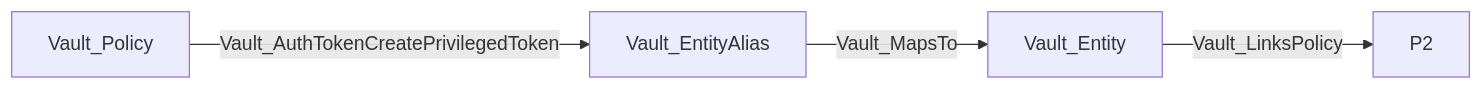
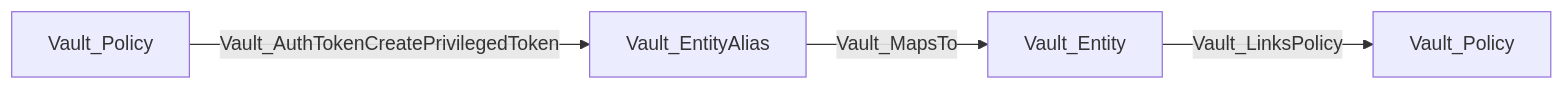
One commit to bytewreck/opengraph-vault changed diagram 27 of 28 in Documentation/stores/AUTH.md. Above: the diagram before and after it, drawn with Mermaid. The commit also changed other lines of this file, not shown here.

````diff
--- a/Documentation/stores/AUTH.md
+++ b/Documentation/stores/AUTH.md
@@ -840,6 +840,6 @@
 ```mermaid
 flowchart LR
     P1[Vault_Policy] -->|Vault_AuthTokenCreatePrivilegedToken| EA[Vault_EntityAlias]
     EA -->|Vault_MapsTo| VE[Vault_Entity]
-    VE -->|Vault_LinksPolicy| P2
+    VE -->|Vault_LinksPolicy| P2[Vault_Policy]
 ```
````
